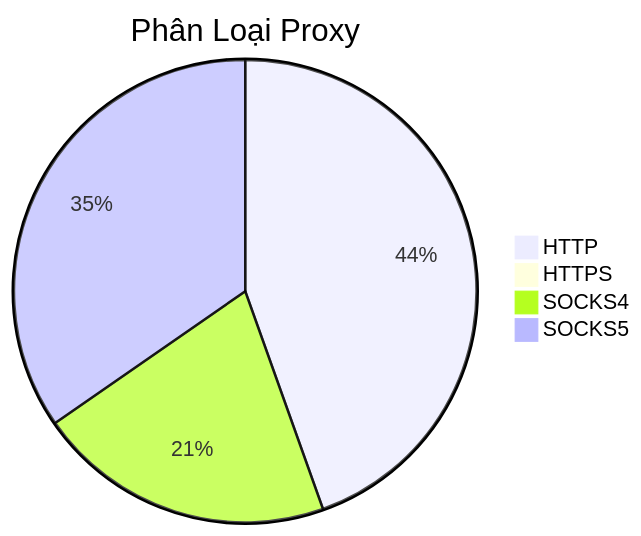
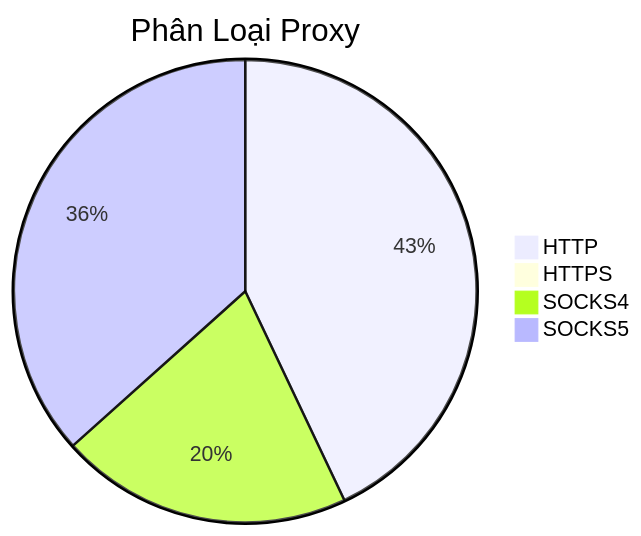
The diagram in README.md (Ciara-12/PROXY-free), drawn with Mermaid before and after one commit. The commit also changed other lines of this file and 3 other files, not shown here.

````diff
--- a/README.md
+++ b/README.md
@@ -26,7 +26,7 @@
 ```mermaid
 pie title Phân Loại Proxy
-    "HTTP" : 351
+    "HTTP" : 326
     "HTTPS" : 3
-    "SOCKS4" : 164
-    "SOCKS5" : 273
+    "SOCKS4" : 155
+    "SOCKS5" : 278
 ```
````
